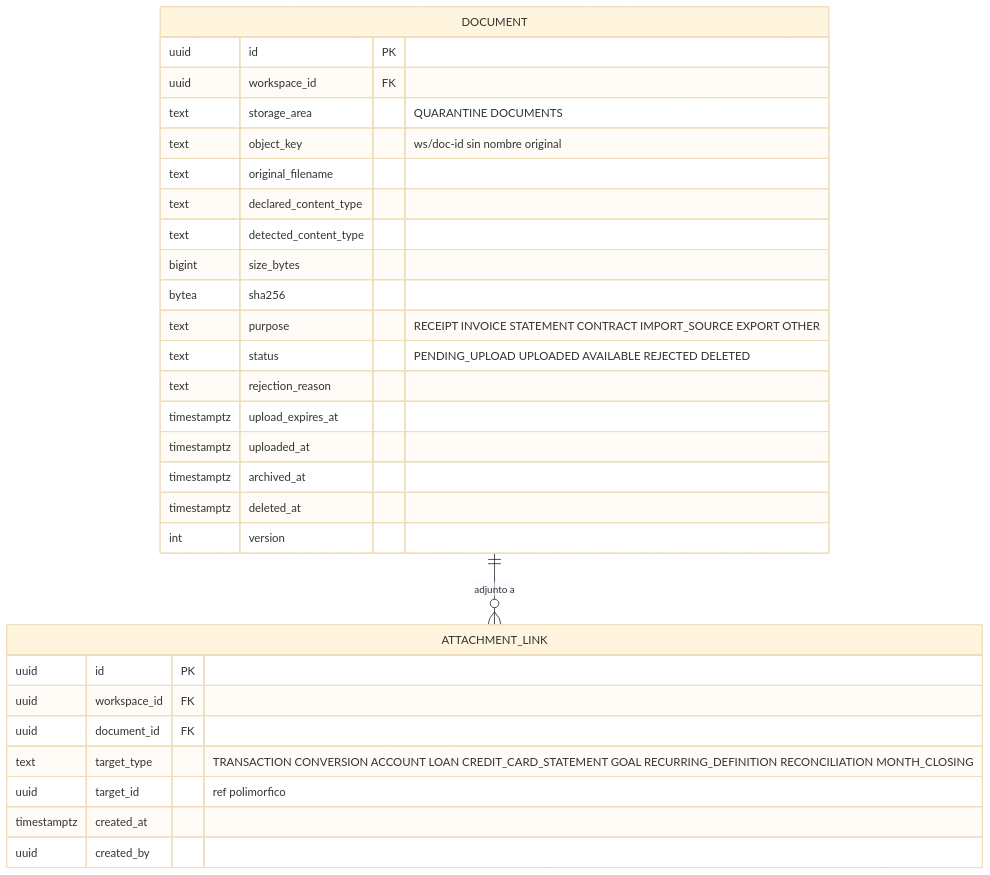
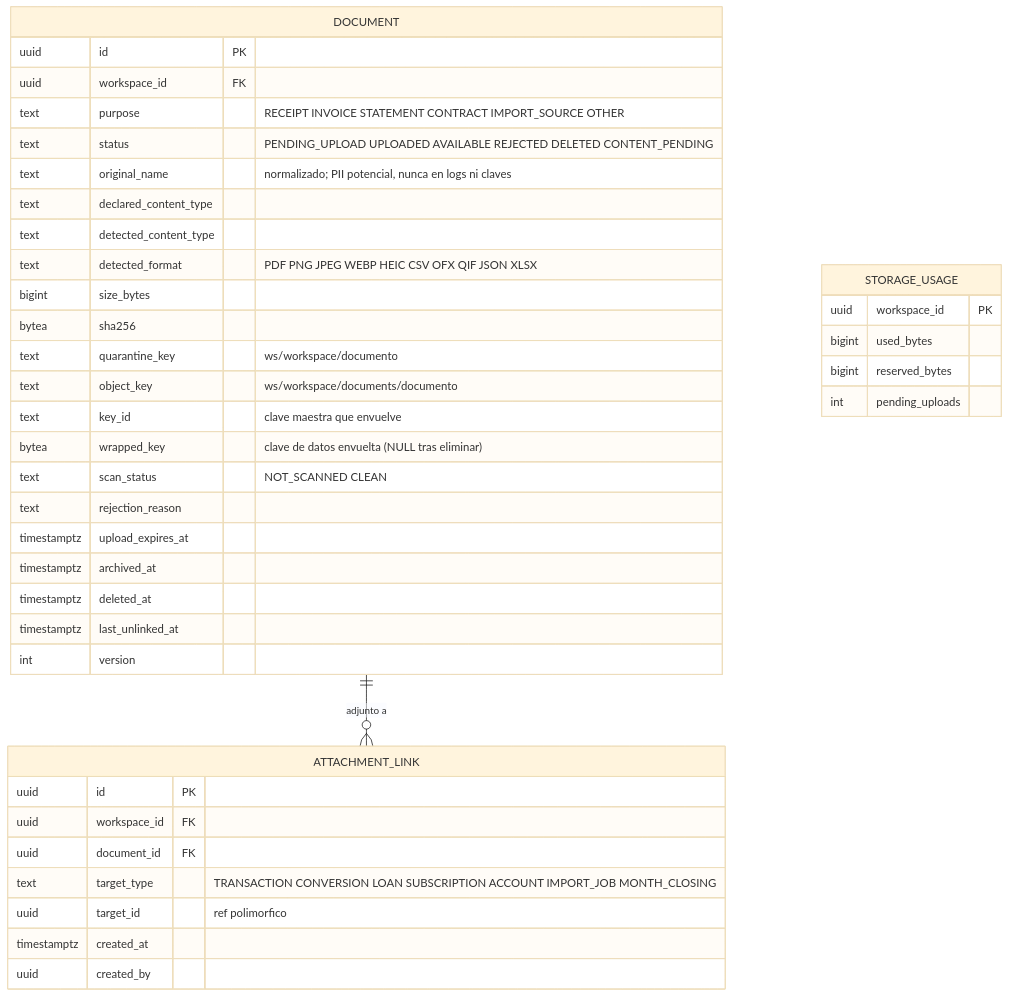
Before and after one commit to manuXD270516/personal-finances: diagram 14 of 22 in docs/08-data-model.md, drawn with Mermaid (base theme). The commit also changed other lines of this file and 225 other files, not shown here.

````diff
--- a/docs/08-data-model.md
+++ b/docs/08-data-model.md
@@ -1419,32 +1419,42 @@
 ```mermaid
 erDiagram
   DOCUMENT ||--o{ ATTACHMENT_LINK : "adjunto a"
   DOCUMENT {
     uuid id PK
     uuid workspace_id FK
-    text storage_area "QUARANTINE DOCUMENTS"
-    text object_key "ws/doc-id sin nombre original"
-    text original_filename
+    text purpose "RECEIPT INVOICE STATEMENT CONTRACT IMPORT_SOURCE OTHER"
+    text status "PENDING_UPLOAD UPLOADED AVAILABLE REJECTED DELETED CONTENT_PENDING"
+    text original_name "normalizado; PII potencial, nunca en logs ni claves"
     text declared_content_type
     text detected_content_type
+    text detected_format "PDF PNG JPEG WEBP HEIC CSV OFX QIF JSON XLSX"
     bigint size_bytes
     bytea sha256
-    text purpose "RECEIPT INVOICE STATEMENT CONTRACT IMPORT_SOURCE EXPORT OTHER"
-    text status "PENDING_UPLOAD UPLOADED AVAILABLE REJECTED DELETED"
+    text quarantine_key "ws/workspace/documento"
+    text object_key "ws/workspace/documents/documento"
+    text key_id "clave maestra que envuelve"
+    bytea wrapped_key "clave de datos envuelta (NULL tras eliminar)"
+    text scan_status "NOT_SCANNED CLEAN"
     text rejection_reason
     timestamptz upload_expires_at
-    timestamptz uploaded_at
     timestamptz archived_at
     timestamptz deleted_at
+    timestamptz last_unlinked_at
     int version
   }
   ATTACHMENT_LINK {
     uuid id PK
     uuid workspace_id FK
     uuid document_id FK
-    text target_type "TRANSACTION CONVERSION ACCOUNT LOAN CREDIT_CARD_STATEMENT GOAL RECURRING_DEFINITION RECONCILIATION MONTH_CLOSING"
+    text target_type "TRANSACTION CONVERSION LOAN SUBSCRIPTION ACCOUNT IMPORT_JOB MONTH_CLOSING"
     uuid target_id "ref polimorfico"
     timestamptz created_at
     uuid created_by
   }
+  STORAGE_USAGE {
+    uuid workspace_id PK
+    bigint used_bytes
+    bigint reserved_bytes
+    int pending_uploads
+  }
 ```
````
